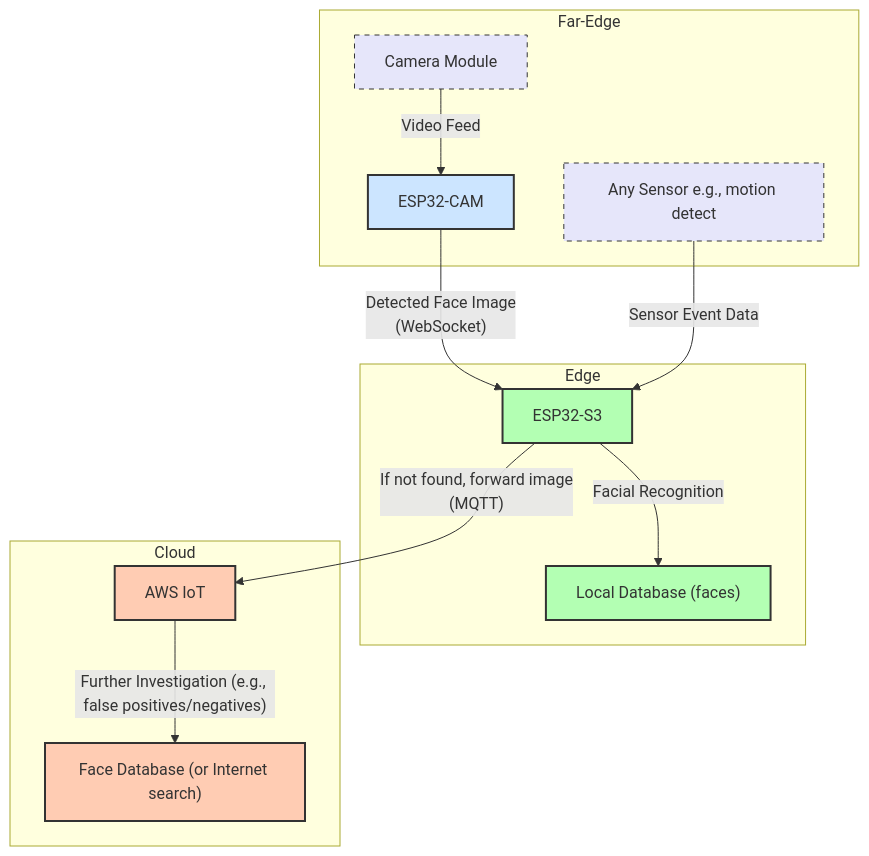
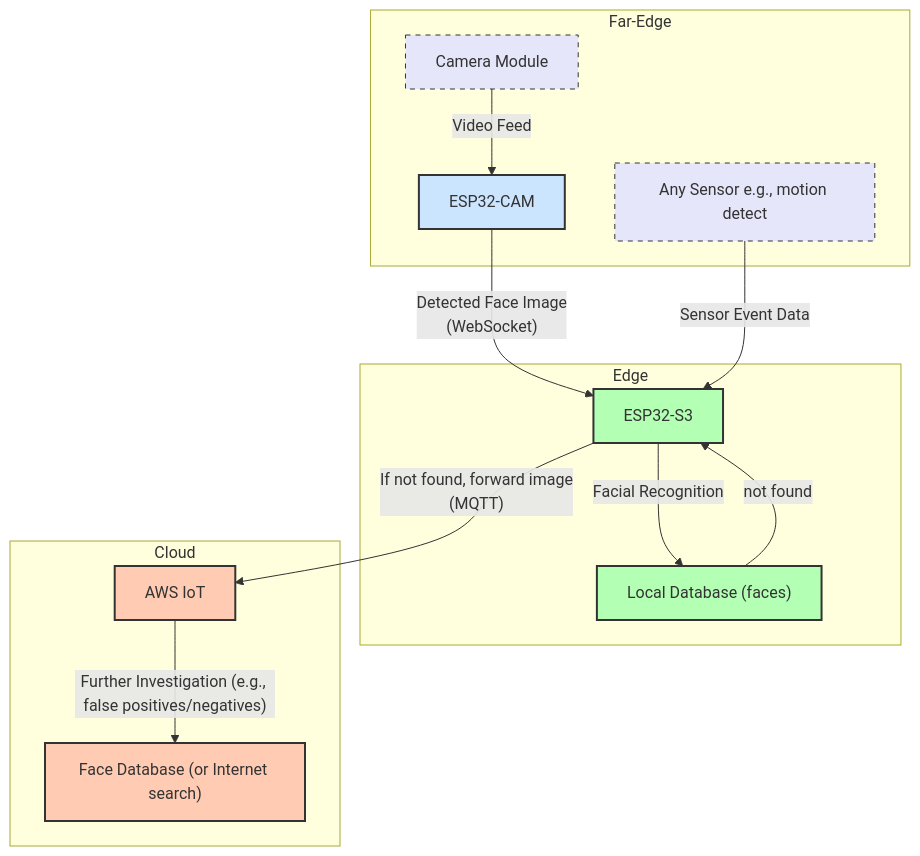
The diagram in esp-idf/3-Level-Cloud/esp32-s3-websocket_server/readme.md (georgevio/IoT-Embedded), drawn with Mermaid before and after one commit.

Commit message:
Update readme.md with architecture graph

````diff
--- a/esp-idf/3-Level-Cloud/esp32-s3-websocket_server/readme.md
+++ b/esp-idf/3-Level-Cloud/esp32-s3-websocket_server/readme.md
@@ -18,35 +18,36 @@
 ```mermaid
 graph TD
     %% Define Nodes and Subgraphs
     subgraph Far-Edge
         A[ESP32-CAM]
         Cam[Camera Module] -- "Video Feed" --> A
         Sen[Any Sensor e.g., motion detect]
     end
 
     subgraph Edge
         B[ESP32-S3]
         C["Local Database (faces)"]
     end
 
     subgraph Cloud
         D[AWS IoT]
         E["Face Database (or Internet search)"]
     end
 
     %% Define Connections between Tiers
     A -- "Detected Face Image <br/>(WebSocket)" --> B
     Sen -- "Sensor Event Data" --> B
     B -- "Facial Recognition" --> C
     B -- "If not found, forward image <br/>(MQTT)" --> D
+    C -- "not found" --> B
     D -- "Further Investigation (e.g., false positives/negatives)" --> E
 
     %% Styling
     style A fill:#cce5ff,stroke:#333,stroke-width:2px
     style Cam fill:#e6e6fa,stroke:#333,stroke-width:1px,stroke-dasharray: 5 5
     style Sen fill:#e6e6fa,stroke:#333,stroke-width:1px,stroke-dasharray: 5 5
     style B fill:#b3ffb3,stroke:#333,stroke-width:2px
     style C fill:#b3ffb3,stroke:#333,stroke-width:2px
     style D fill:#ffccb3,stroke:#333,stroke-width:2px
     style E fill:#ffccb3,stroke:#333,stroke-width:2px
 ```
````
